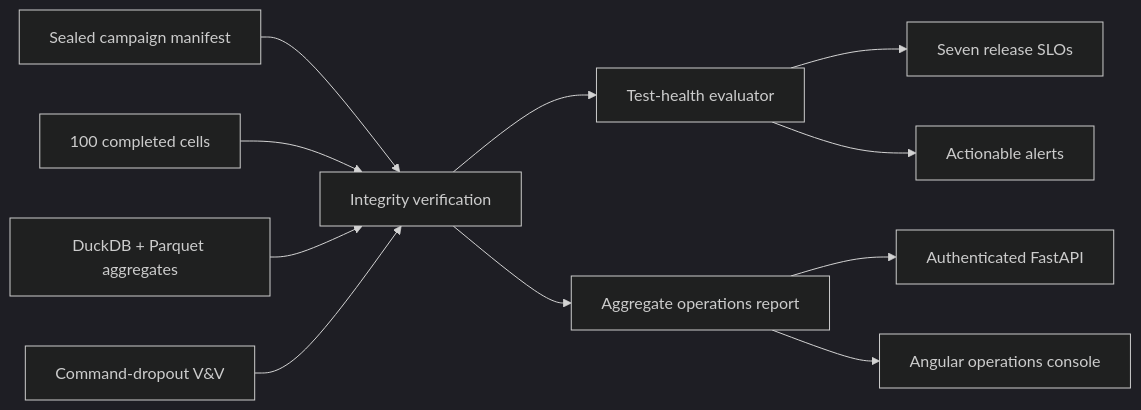
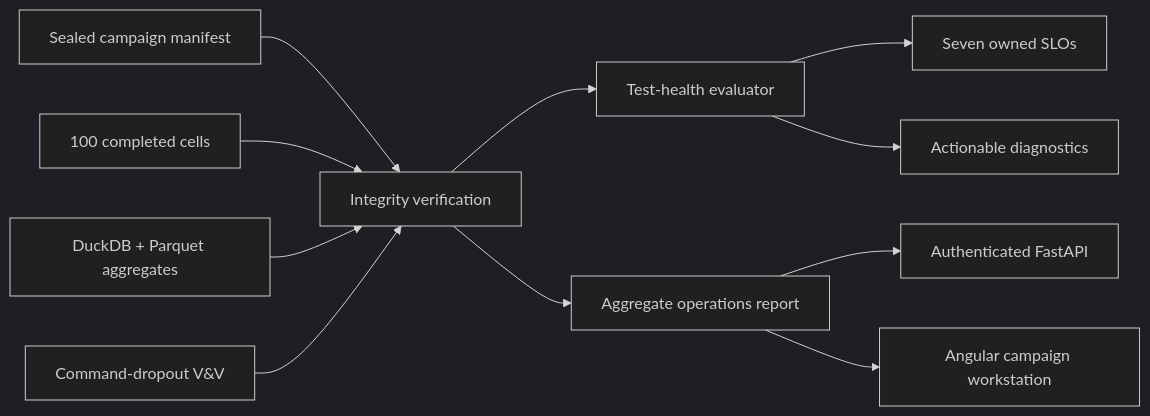
The diagram in docs/test-operations.md (ethanvillalovoz/planmargin), drawn with Mermaid (dark theme) before and after one commit. The commit also changed other lines of this file and 73 other files, not shown here.

````diff
--- a/docs/test-operations.md
+++ b/docs/test-operations.md
@@ -15,13 +22,13 @@
 ```mermaid
 flowchart LR
     M["Sealed campaign manifest"] --> V["Integrity verification"]
     C["100 completed cells"] --> V
     D["DuckDB + Parquet aggregates"] --> V
     F["Command-dropout V&V"] --> V
     V --> H["Test-health evaluator"]
-    H --> S["Seven release SLOs"]
-    H --> A["Actionable alerts"]
+    H --> S["Seven owned SLOs"]
+    H --> A["Actionable diagnostics"]
     V --> R["Aggregate operations report"]
     R --> API["Authenticated FastAPI"]
-    R --> UI["Angular operations console"]
+    R --> UI["Angular campaign workstation"]
 ```
````
